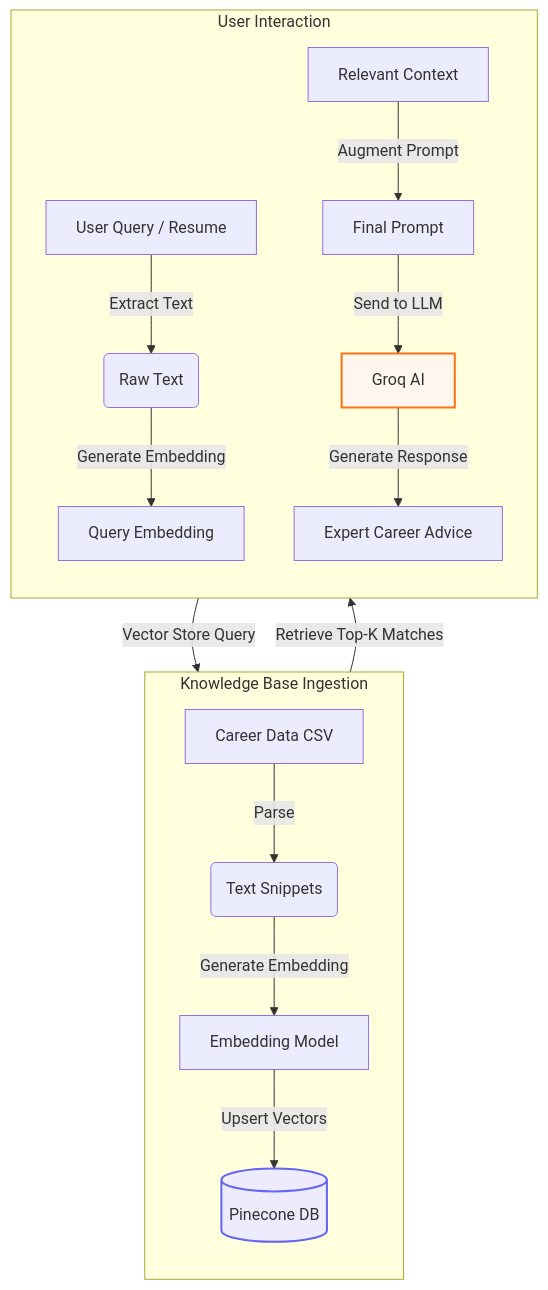
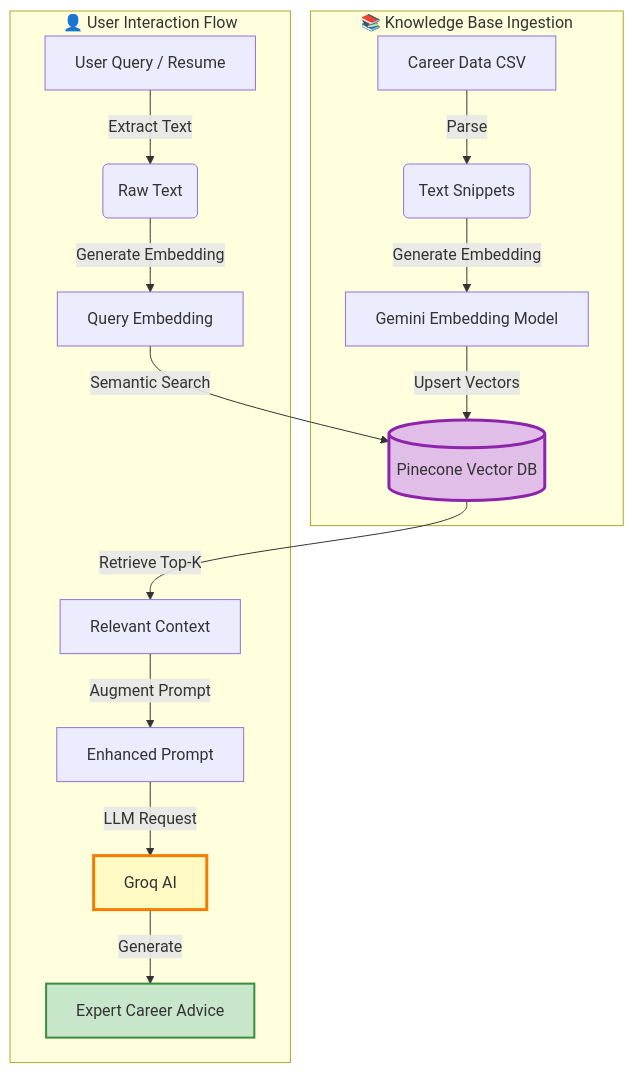
The second of 3 diagrams in README.md (MADHAN21105/Career-Campass), drawn with Mermaid before and after one commit. The commit also changed other lines of this file, not shown here.

Commit message:
Docs: Complete README overhaul with badges, diagrams, and all features

````diff
--- a/README.md
+++ b/README.md
@@ -39,23 +109,22 @@
 ```mermaid
 graph TD
-    subgraph Knowledge_Base [Knowledge Base Ingestion]
-        direction TB
+    subgraph Knowledge_Ingestion["📚 Knowledge Base Ingestion"]
         A[Career Data CSV] -->|Parse| B(Text Snippets)
-        B -->|Generate Embedding| C[Embedding Model]
-        C -->|Upsert Vectors| D[(Pinecone DB)]
+        B -->|Generate Embedding| C[Gemini Embedding Model]
+        C -->|Upsert Vectors| D[(Pinecone Vector DB)]
     end
 
-    subgraph User_Query_Flow [User Interaction]
-        direction TB
+    subgraph User_Flow["👤 User Interaction Flow"]
         E[User Query / Resume] -->|Extract Text| F(Raw Text)
         F -->|Generate Embedding| G[Query Embedding]
-        G -->|Vector Store Query| D
-        D -->|Retrieve Top-K Matches| H[Relevant Context]
-        H -->|Augment Prompt| I[Final Prompt]
-        I -->|Send to LLM| J[Groq AI]
-        J -->|Generate Response| K[Expert Career Advice]
+        G -->|Semantic Search| D
+        D -->|Retrieve Top-K| H[Relevant Context]
+        H -->|Augment Prompt| I[Enhanced Prompt]
+        I -->|LLM Request| J[Groq AI]
+        J -->|Generate| K[Expert Career Advice]
     end
 
-    style D fill:#eeebff,stroke:#6366f1,stroke-width:2px
-    style J fill:#fff7ed,stroke:#f97316,stroke-width:2px
+    style D fill:#e1bee7,stroke:#8e24aa,stroke-width:3px
+    style J fill:#fff9c4,stroke:#f57c00,stroke-width:3px
+    style K fill:#c8e6c9,stroke:#388e3c,stroke-width:2px
 ```
````
